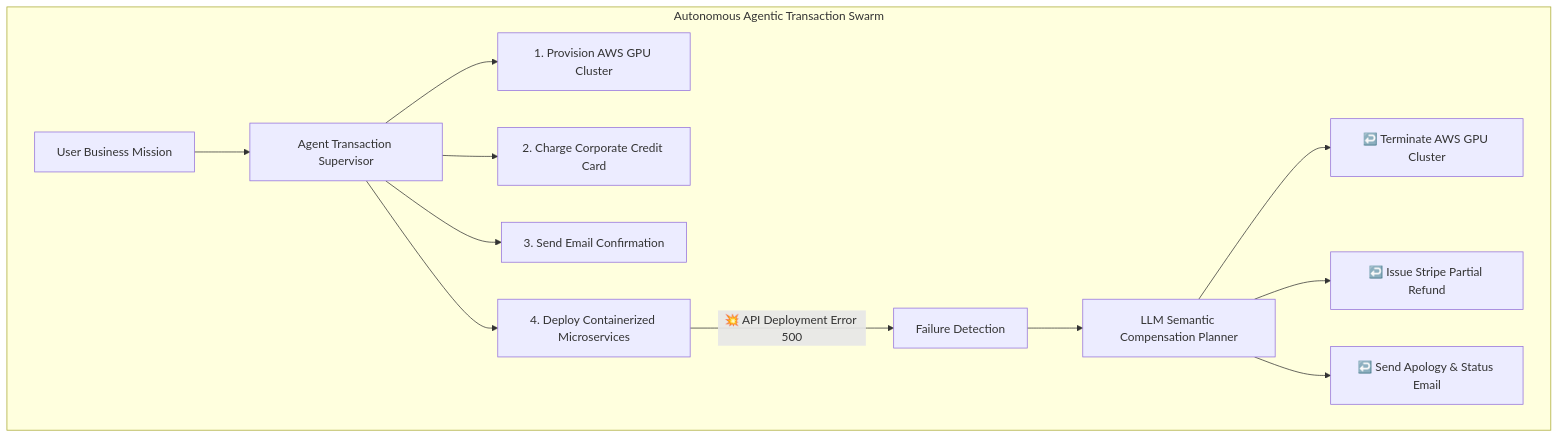
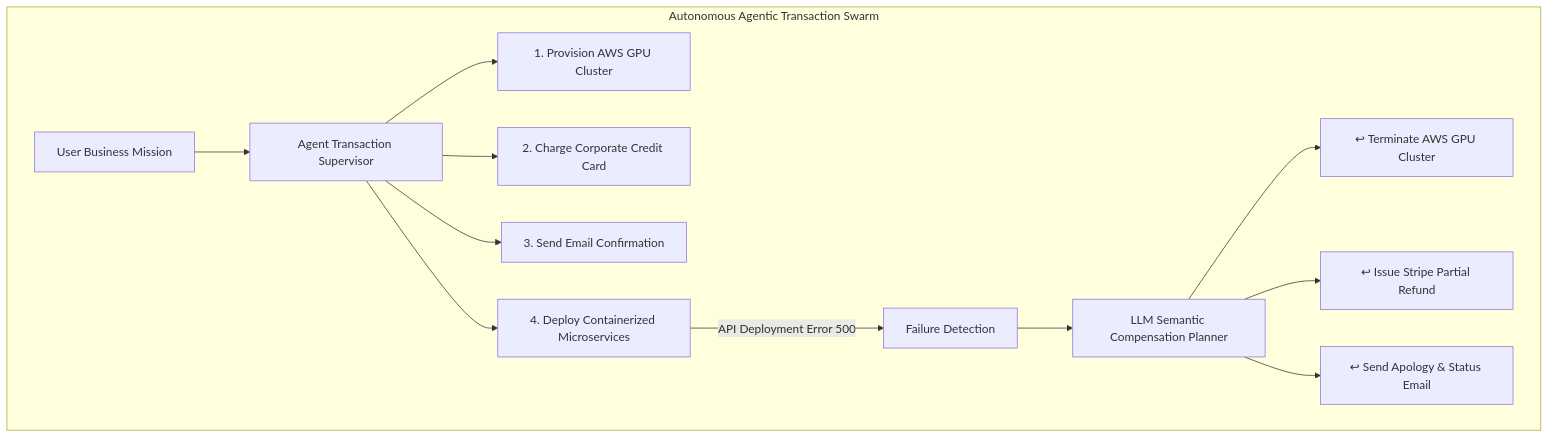
The third of 3 diagrams in blog/posts/distributed-transactions-evolution-future-calvin-deterministic-rdma-cxl-agentic.md (akmalkhaniub/akmalkhaniub.github.io), drawn with Mermaid before and after one commit. The commit also changed other lines of this file and 411 other files, not shown here.

````diff
--- a/blog/posts/distributed-transactions-evolution-future-calvin-deterministic-rdma-cxl-agentic.md
+++ b/blog/posts/distributed-transactions-evolution-future-calvin-deterministic-rdma-cxl-agentic.md
@@ -97,17 +97,17 @@
 ```mermaid
-graph TD
+flowchart TD
   subgraph SG2_AutonomousAgenticTransaction ["Autonomous Agentic Transaction Swarm"]
     Mission[User Business Mission] --> AgentCoordinator[Agent Transaction Supervisor]
     AgentCoordinator --> TaskA[1. Provision AWS GPU Cluster]
     AgentCoordinator --> TaskB[2. Charge Corporate Credit Card]
     AgentCoordinator --> TaskC[3. Send Email Confirmation]
     AgentCoordinator --> TaskD[4. Deploy Containerized Microservices]
     
-    TaskD -->|💥 API Deployment Error 500| Failure[Failure Detection]
+    TaskD -->|API Deployment Error 500| Failure[Failure Detection]
     Failure --> SemanticPlanner[LLM Semantic Compensation Planner]
     
-    SemanticPlanner --> CompA[↩️ Terminate AWS GPU Cluster]
-    SemanticPlanner --> CompB[↩️ Issue Stripe Partial Refund]
-    SemanticPlanner --> CompC[↩️ Send Apology & Status Email]
+    SemanticPlanner --> CompA[↩ Terminate AWS GPU Cluster]
+    SemanticPlanner --> CompB[↩ Issue Stripe Partial Refund]
+    SemanticPlanner --> CompC[↩ Send Apology & Status Email]
   end
 ```
````
